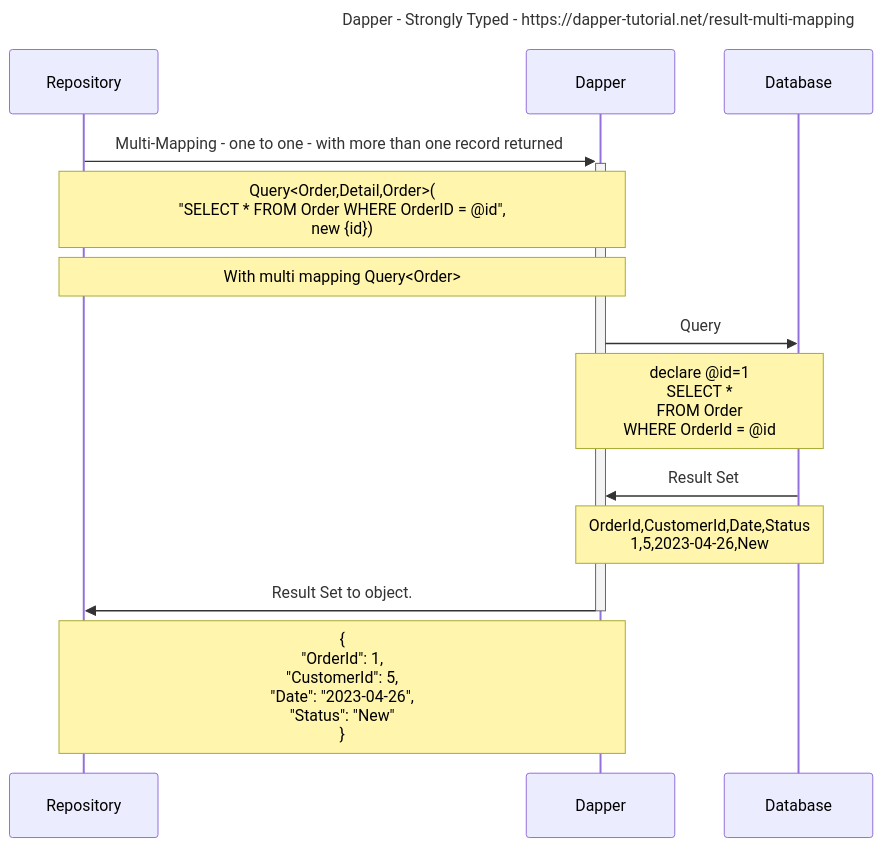
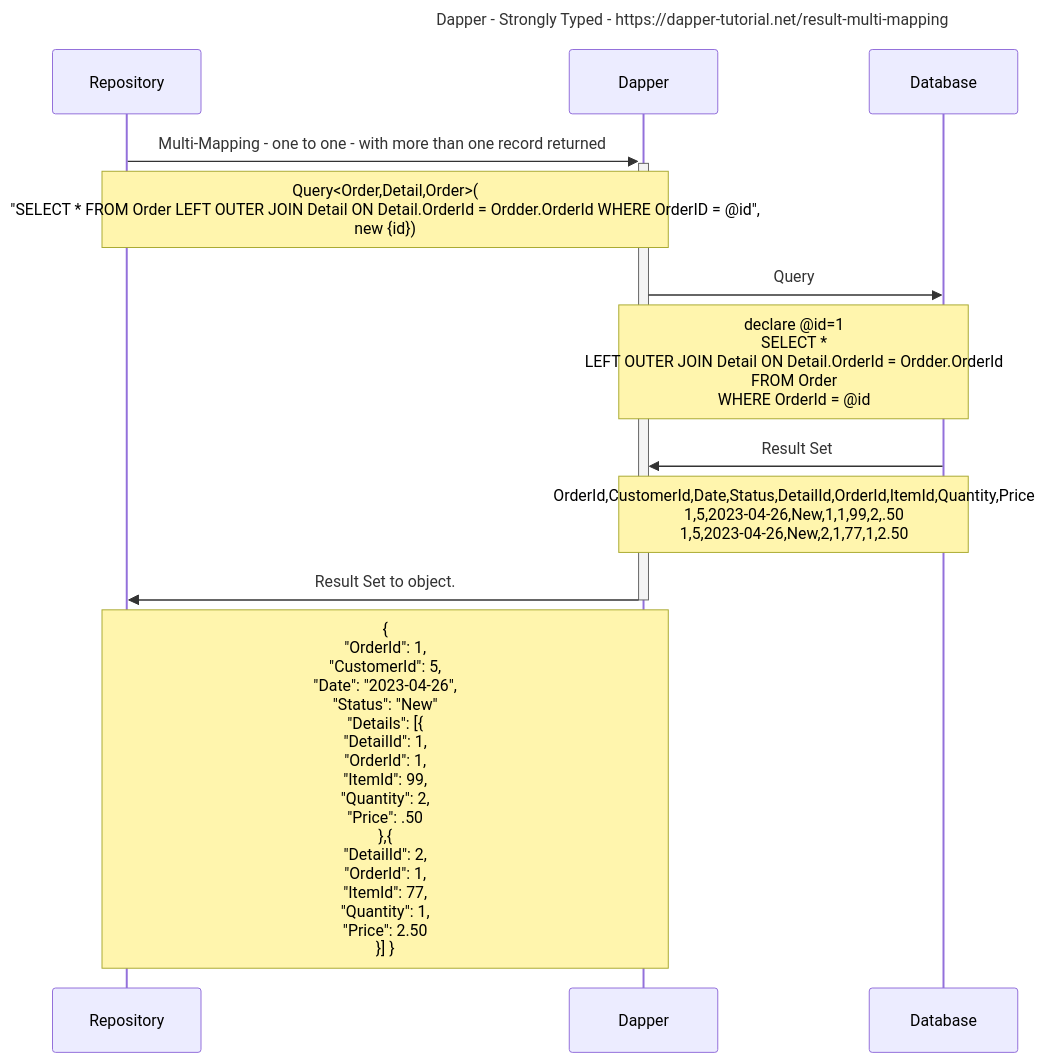
One commit to pauljeanquart/mermaid changed the fifth of 5 diagrams in dapper.md. Above: the diagram before and after it, drawn with Mermaid.

````diff
--- a/dapper.md
+++ b/dapper.md
@@ -94,16 +94,15 @@
 ```mermaid
 ---
 title: Dapper - Strongly Typed - https://dapper-tutorial.net/result-multi-mapping
 ---
 sequenceDiagram
 
     Repository->>+Dapper: Multi-Mapping - one to one - with more than one record returned
-        Note over Repository,Dapper: Query<Order,Detail,Order>(<br>"SELECT * FROM Order WHERE OrderID = @id",<br>new {id})
-        Note over Repository,Dapper: With multi mapping Query<Order>
+        Note over Repository,Dapper: Query<Order,Detail,Order>(<br>"SELECT * FROM Order LEFT OUTER JOIN Detail ON Detail.OrderId = Ordder.OrderId WHERE OrderID = @id",<br>new {id})
         Dapper->>Database: Query
-          Note over Dapper,Database: declare @id=1<br>SELECT *<br>FROM Order<br>WHERE OrderId = @id
+          Note over Dapper,Database: declare @id=1<br>SELECT *<br>LEFT OUTER JOIN Detail ON Detail.OrderId = Ordder.OrderId<br>FROM Order<br>WHERE OrderId = @id
         Database->>Dapper: Result Set
-          Note over Dapper,Database: OrderId,CustomerId,Date,Status<br>1,5,2023-04-26,New
+          Note over Dapper,Database: OrderId,CustomerId,Date,Status,DetailId,OrderId,ItemId,Quantity,Price<br>1,5,2023-04-26,New,1,1,99,2,.50<br>1,5,2023-04-26,New,2,1,77,1,2.50
     Dapper->>-Repository: Result Set to object.
-      Note over Dapper,Repository: {<br>"OrderId": 1,<br>"CustomerId": 5,<br>"Date": "2023-04-26",<br>"Status": "New"<br>}
+      Note over Dapper,Repository: {<br>"OrderId": 1,<br>"CustomerId": 5,<br>"Date": "2023-04-26",<br>"Status": "New"<br>"Details": [{<br>"DetailId": 1,<br>"OrderId": 1,<br>"ItemId": 99,<br>"Quantity": 2,<br>"Price": .50<br>},{<br>"DetailId": 2,<br>"OrderId": 1,<br>"ItemId": 77,<br>"Quantity": 1,<br>"Price": 2.50<br>}] }
 ```
````
